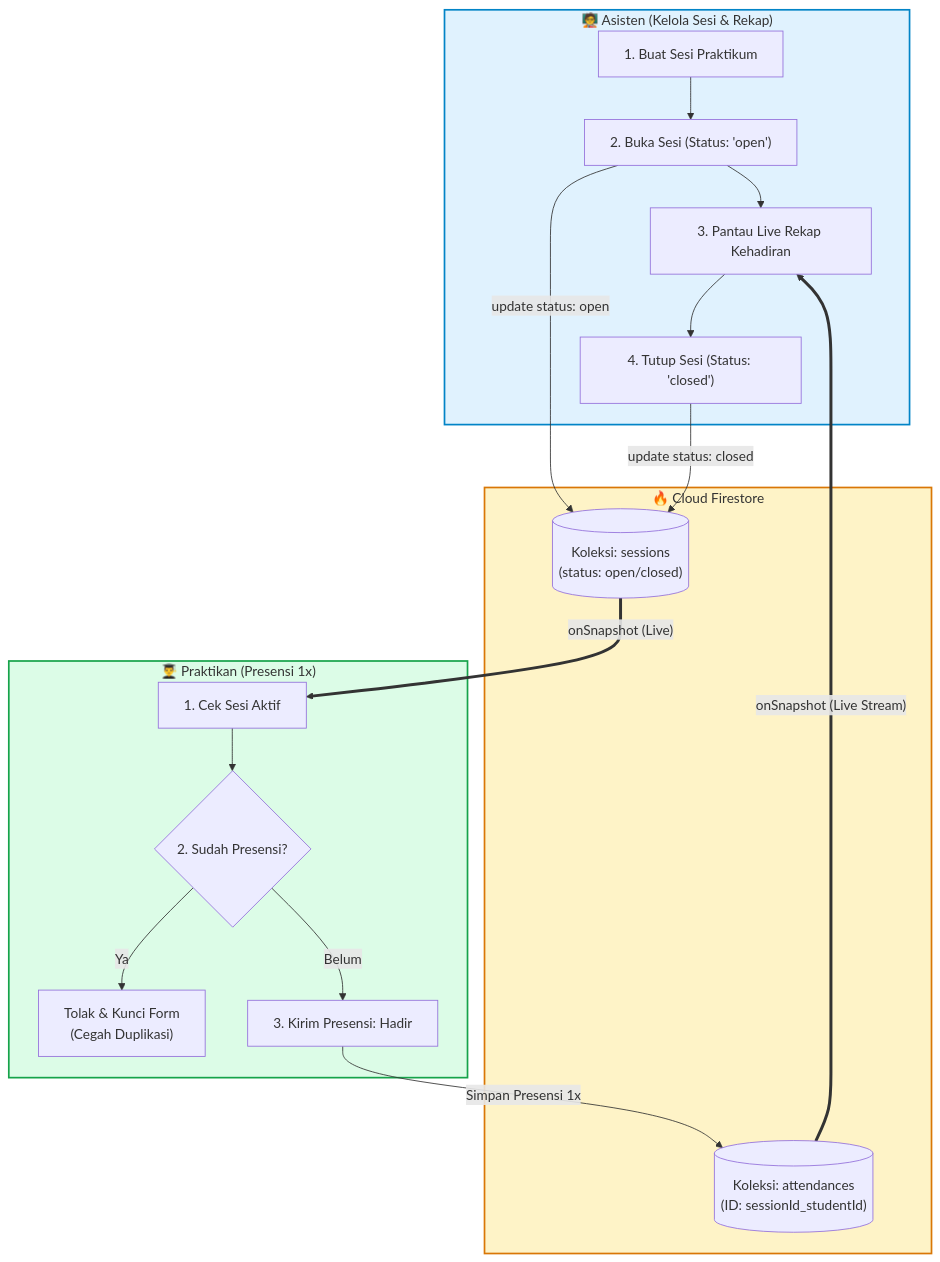
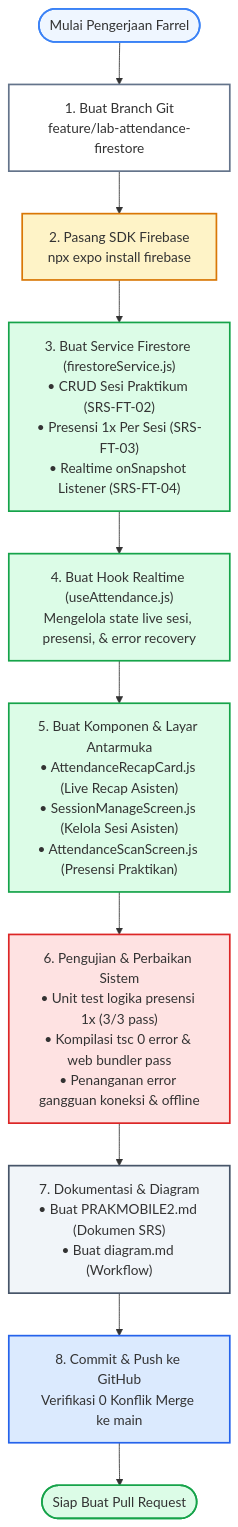
The diagram in diagram.md (Edamame-37/lab-attendance-app), drawn with Mermaid before and after one commit. The commit also changed other lines of this file, not shown here.

Commit message:
docs: perbarui diagram.md menjadi urutan alur kerja pengerjaan programmer farrel

````diff
--- a/diagram.md
+++ b/diagram.md
@@ -6,43 +8,32 @@
 ```mermaid
 flowchart TD
-    %% PERAN ASISTEN
-    subgraph ASISTEN ["🧑‍🏫 Asisten (Kelola Sesi & Rekap)"]
-        A1["1. Buat Sesi Praktikum"]
-        A2["2. Buka Sesi (Status: 'open')"]
-        A3["3. Pantau Live Rekap Kehadiran"]
-        A4["4. Tutup Sesi (Status: 'closed')"]
-        
-        A1 --> A2 --> A3 --> A4
-    end
+    START([Mulai Pengerjaan Farrel]) --> S1["1. Buat Branch Git<br/>feature/lab-attendance-firestore"]
+    
+    S1 --> S2["2. Pasang SDK Firebase<br/>npx expo install firebase"]
+    
+    S2 --> S3["3. Buat Service Firestore (firestoreService.js)<br/>• CRUD Sesi Praktikum (SRS-FT-02)<br/>• Presensi 1x Per Sesi (SRS-FT-03)<br/>• Realtime onSnapshot Listener (SRS-FT-04)"]
+    
+    S3 --> S4["4. Buat Hook Realtime (useAttendance.js)<br/>Mengelola state live sesi, presensi, & error recovery"]
+    
+    S4 --> S5["5. Buat Komponen & Layar Antarmuka<br/>• AttendanceRecapCard.js (Live Recap Asisten)<br/>• SessionManageScreen.js (Kelola Sesi Asisten)<br/>• AttendanceScanScreen.js (Presensi Praktikan)"]
+    
+    S5 --> S6["6. Pengujian & Perbaikan Sistem<br/>• Unit test logika presensi 1x (3/3 pass)<br/>• Kompilasi tsc 0 error & web bundler pass<br/>• Penanganan error gangguan koneksi & offline"]
+    
+    S6 --> S7["7. Dokumentasi & Diagram<br/>• Buat PRAKMOBILE2.md (Dokumen SRS)<br/>• Buat diagram.md (Workflow)"]
+    
+    S7 --> S8["8. Commit & Push ke GitHub<br/>Verifikasi 0 Konflik Merge ke main"]
+    
+    S8 --> FINISH([Siap Buat Pull Request])
 
-    %% DATABASE FIRESTORE
-    subgraph FIRESTORE ["🔥 Cloud Firestore"]
-        DB_SESI[("Koleksi: sessions<br/>(status: open/closed)")]
-        DB_PRESENSI[("Koleksi: attendances<br/>(ID: sessionId_studentId)")]
-    end
-
-    %% PERAN PRAKTIKAN
-    subgraph PRAKTIKAN ["👨‍🎓 Praktikan (Presensi 1x)"]
-        P1["1. Cek Sesi Aktif"]
-        P2{"2. Sudah Presensi?"}
-        P3["Tolak & Kunci Form<br/>(Cegah Duplikasi)"]
-        P4["3. Kirim Presensi: Hadir"]
-        
-        P1 --> P2
-        P2 -->|"Ya"| P3
-        P2 -->|"Belum"| P4
-    end
-
-    %% RELASI & REAL-TIME DATA FLOW
-    A2 -->|"update status: open"| DB_SESI
-    A4 -->|"update status: closed"| DB_SESI
-    
-    DB_SESI ==>|"onSnapshot (Live)"| P1
-    P4 -->|"Simpan Presensi 1x"| DB_PRESENSI
-    DB_PRESENSI ==>|"onSnapshot (Live Stream)"| A3
-
-    %% WARNA SIMPEL
-    style ASISTEN fill:#E0F2FE,stroke:#0284C7,stroke-width:2px
-    style FIRESTORE fill:#FEF3C7,stroke:#D97706,stroke-width:2px
-    style PRAKTIKAN fill:#DCFCE7,stroke:#16A34A,stroke-width:2px
+    %% STYLING TAMPILAN
+    style START fill:#EFF6FF,stroke:#3B82F6,stroke-width:2px
+    style S1 fill:#FFFFFF,stroke:#64748B,stroke-width:2px
+    style S2 fill:#FEF3C7,stroke:#D97706,stroke-width:2px
+    style S3 fill:#DCFCE7,stroke:#16A34A,stroke-width:2px
+    style S4 fill:#DCFCE7,stroke:#16A34A,stroke-width:2px
+    style S5 fill:#DCFCE7,stroke:#16A34A,stroke-width:2px
+    style S6 fill:#FEE2E2,stroke:#DC2626,stroke-width:2px
+    style S7 fill:#F1F5F9,stroke:#475569,stroke-width:2px
+    style S8 fill:#DBEAFE,stroke:#2563EB,stroke-width:2px
+    style FINISH fill:#DCFCE7,stroke:#16A34A,stroke-width:2px
 ```
````
